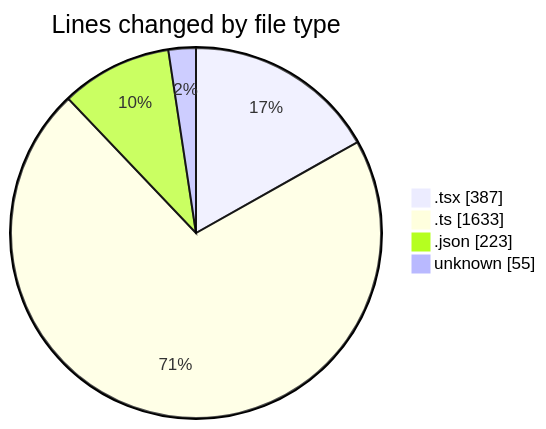
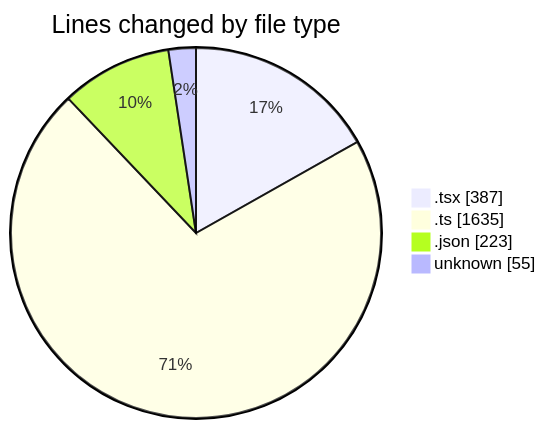
Before and after one commit to momahboobian/code-tracking: the first of 2 diagrams in 2025-10-21/cda/README.md, drawn with Mermaid. The commit also changed other lines of this file and 1 other file, not shown here.

````diff
--- a/2025-10-21/cda/README.md
+++ b/2025-10-21/cda/README.md
@@ -30,8 +30,8 @@
 ```mermaid
 pie showData
 title Lines changed by file type
 ".tsx" : 387
-".ts" : 1633
+".ts" : 1635
 ".json" : 223
 "unknown" : 55
 ```
````
